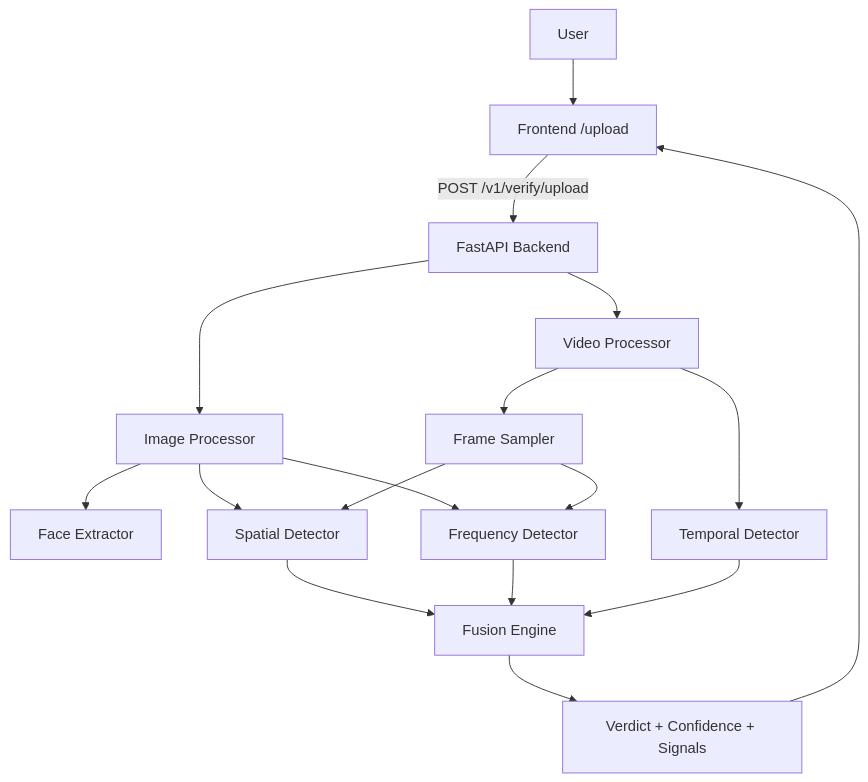
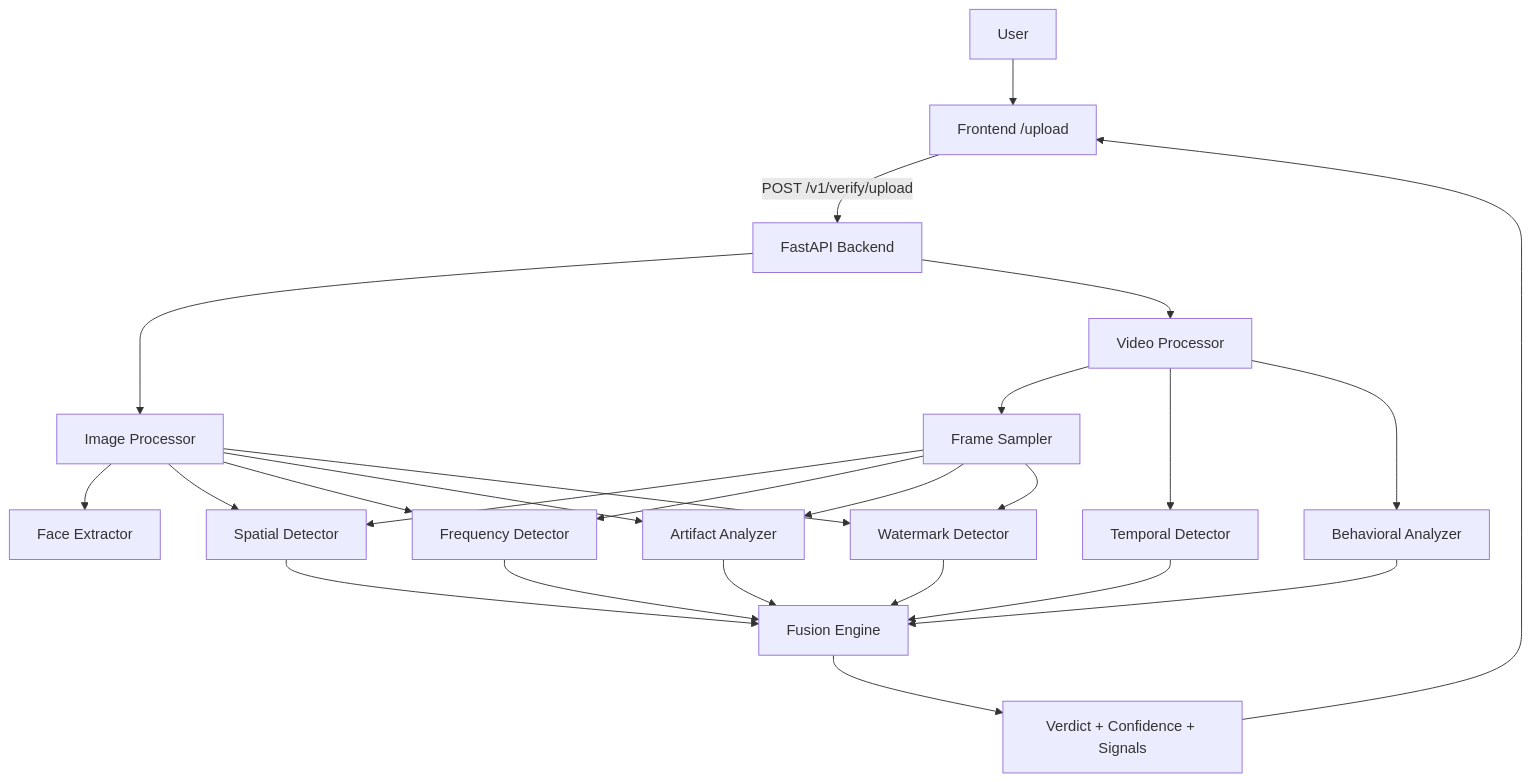
Before and after one commit to rayyanshaikh123/VeriRiskAI: the first of 3 diagrams in README.md, drawn with Mermaid. The commit also changed other lines of this file and 46 other files, not shown here.

````diff
--- a/README.md
+++ b/README.md
@@ -8,24 +7,32 @@
 ```mermaid
 graph TD
   U[User] --> FE[Frontend /upload]
   FE -->|POST /v1/verify/upload| API[FastAPI Backend]
 
   API --> IMG[Image Processor]
   API --> VID[Video Processor]
 
   IMG --> FACE[Face Extractor]
   IMG --> SPATIAL[Spatial Detector]
   IMG --> FREQ[Frequency Detector]
+  IMG --> ART[Artifact Analyzer]
+  IMG --> WM[Watermark Detector]
 
   VID --> FRAMES[Frame Sampler]
   FRAMES --> SPATIAL
   FRAMES --> FREQ
+  FRAMES --> ART
+  FRAMES --> WM
   VID --> TEMP[Temporal Detector]
+  VID --> BEHAV[Behavioral Analyzer]
 
   SPATIAL --> FUSION[Fusion Engine]
   FREQ --> FUSION
   TEMP --> FUSION
+  ART --> FUSION
+  WM --> FUSION
+  BEHAV --> FUSION
 
   FUSION --> RESP[Verdict + Confidence + Signals]
   RESP --> FE
 ```
````
